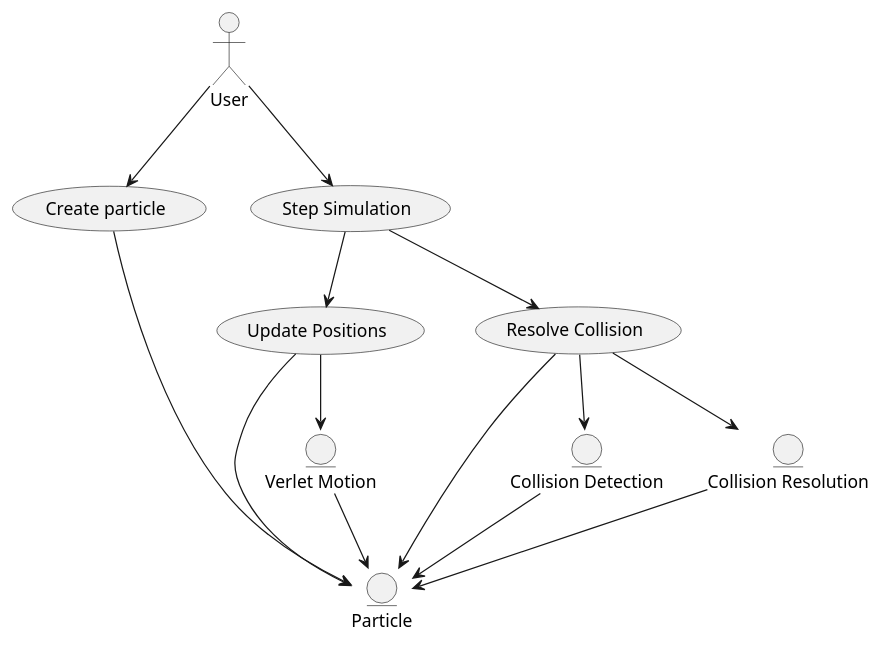
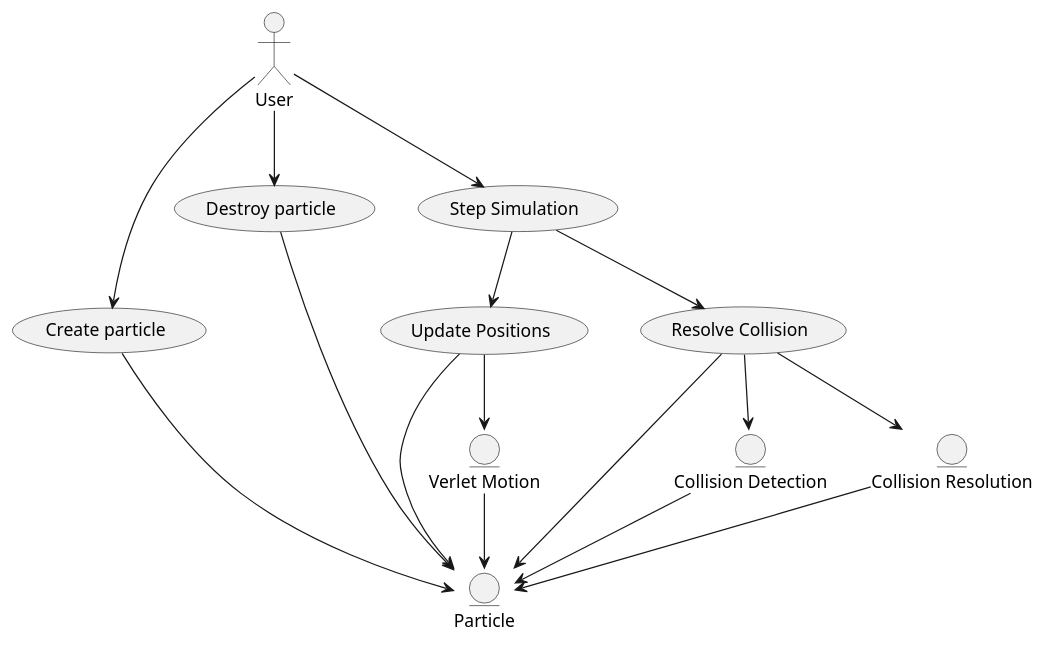
One commit to hayesHowYaDoin/physics_engine changed the diagram in docs/usecases.plantuml. Above: the diagram before and after it, drawn with PlantUML.

Commit message:
Added particle destroy use case to diagram

```diff
--- a/docs/usecases.plantuml
+++ b/docs/usecases.plantuml
@@ -1,34 +1,37 @@
 @startuml UseCases
 
 actor User
 usecase "Create particle" as UC_CreateParticle
+usecase "Destroy particle" as UC_DestroyParticle
 usecase "Step Simulation" as UC_Step
 usecase "Update Positions" as UC_Motion
 usecase "Resolve Collision" as UC_Collision
 entity "Particle" as E_Particle
 entity "Verlet Motion" as E_Verlet
 entity "Collision Detection" as E_Detection
 entity "Collision Resolution" as E_Resolution
 
 User --> UC_CreateParticle
+User --> UC_DestroyParticle
 User --> UC_Step
 
 UC_CreateParticle --> E_Particle
+UC_DestroyParticle --> E_Particle
 
 UC_Step --> UC_Motion
 UC_Step --> UC_Collision
 
 UC_Motion --> E_Verlet
 UC_Motion --> E_Particle
 
 UC_Collision --> E_Detection
 UC_Collision --> E_Resolution
 UC_Collision --> E_Particle
 
 E_Verlet --> E_Particle
 
 E_Detection --> E_Particle
 
 E_Resolution --> E_Particle
 
 @enduml
```
